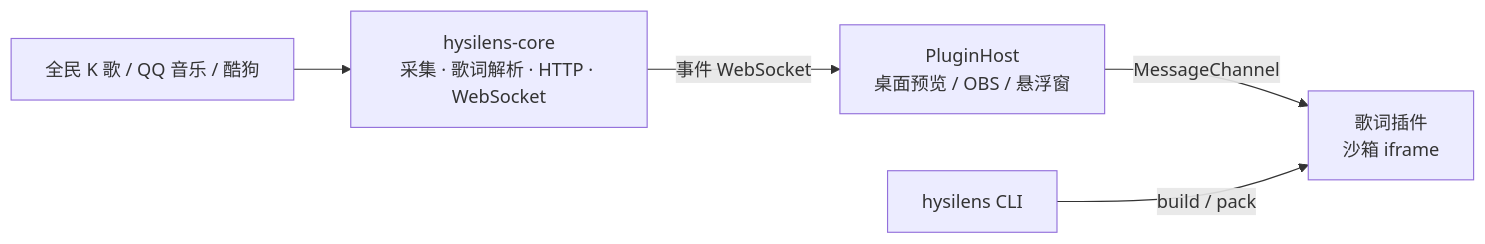
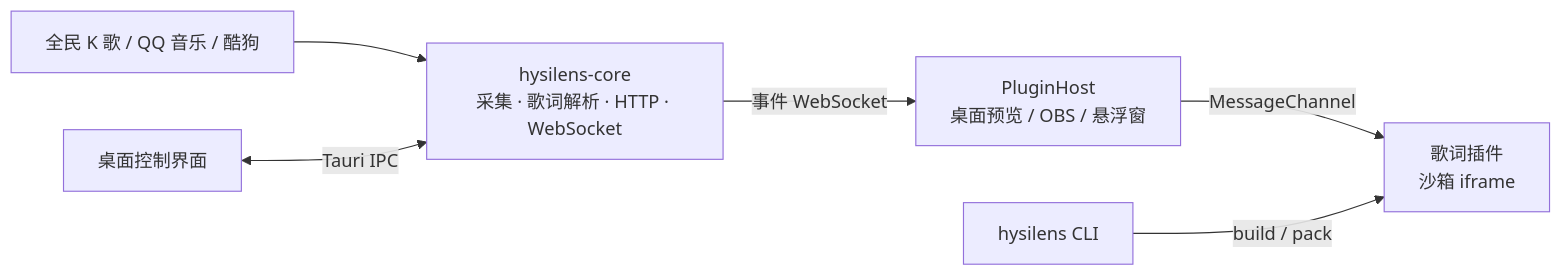
The diagram in README.md (YanChenBai/hysilens), drawn with Mermaid before and after one commit. The commit also changed 32 other files, not shown here.

````diff
--- a/README.md
+++ b/README.md
@@ -86,7 +86,8 @@
 ```mermaid
 flowchart LR
   Players["全民 K 歌 / QQ 音乐 / 酷狗"] --> Core["hysilens-core<br/>采集 · 歌词解析 · HTTP · WebSocket"]
+  Control["桌面控制界面"] <-->|Tauri IPC| Core
   Core -- 事件 WebSocket --> Host["PluginHost<br/>桌面预览 / OBS / 悬浮窗"]
   Host -- MessageChannel --> Plugin["歌词插件<br/>沙箱 iframe"]
   CLI["hysilens CLI"] -- "build / pack" --> Plugin
 ```
````
